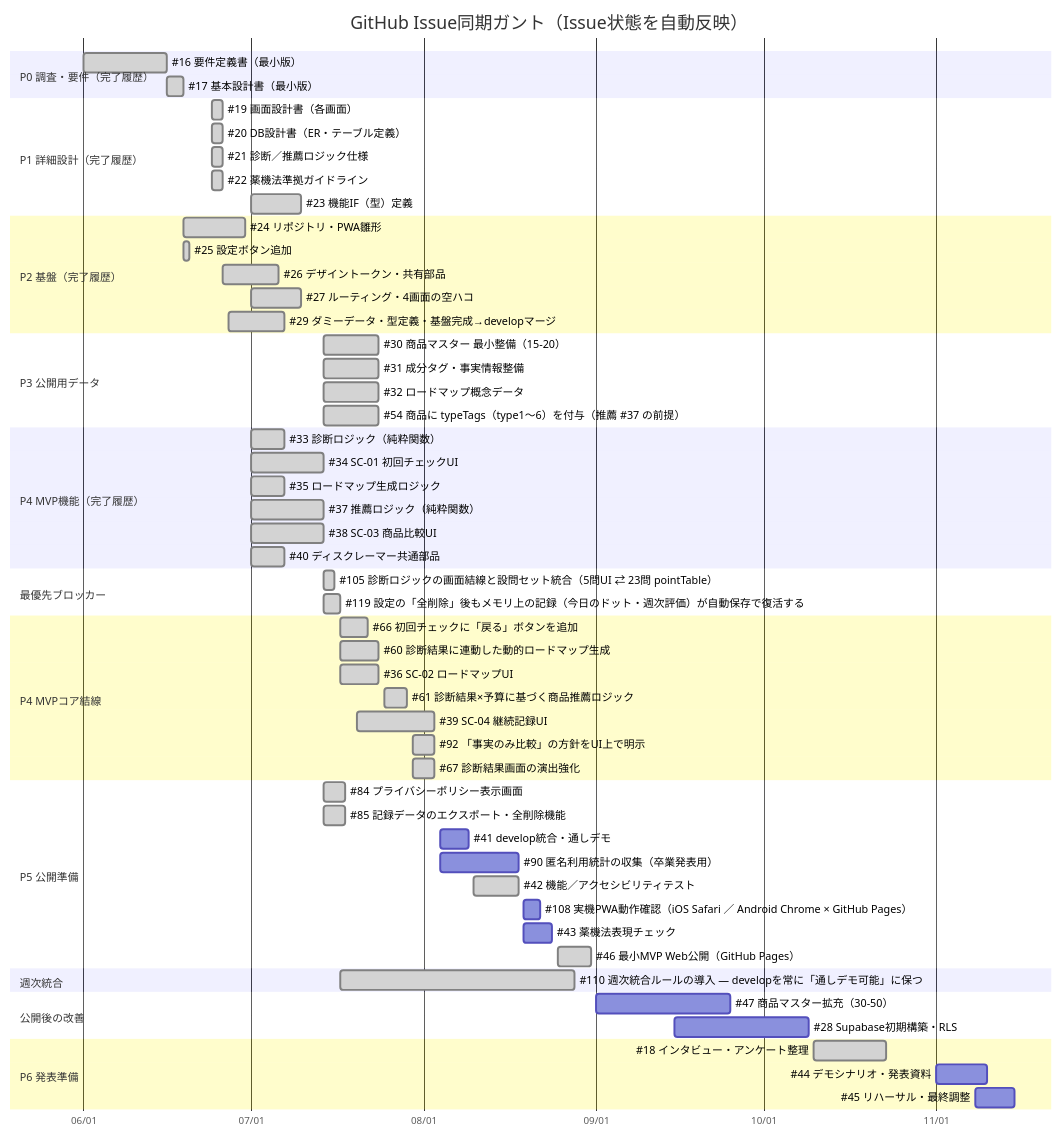
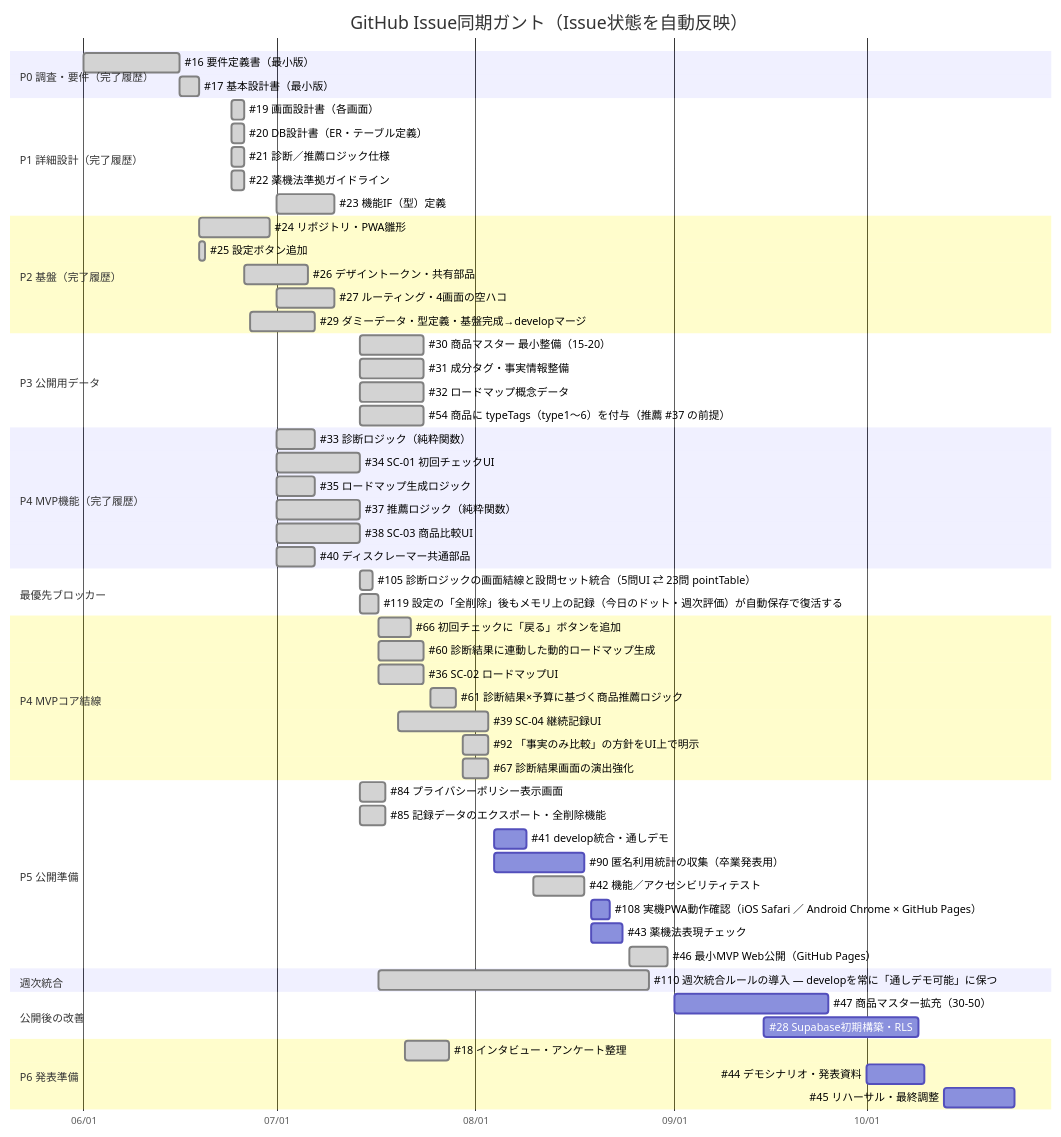
The first of 2 diagrams in docs/schedule/ガントチャート_v2.2.md (itiwoja/tazimagumi_dev_team), drawn with Mermaid before and after one commit. The commit also changed other lines of this file and 1 other file, not shown here.

````diff
--- a/docs/schedule/ガントチャート_v2.2.md
+++ b/docs/schedule/ガントチャート_v2.2.md
@@ -68,62 +68,62 @@
 ```mermaid
 gantt
     title GitHub Issue同期ガント（Issue状態を自動反映）
     dateFormat  YYYY-MM-DD
     axisFormat  %m/%d
     section P0 調査・要件（完了履歴）
     #16 要件定義書（最小版） :done, p0a, 2026-06-01, 2026-06-16
     #17 基本設計書（最小版） :done, p0c, 2026-06-16, 2026-06-19
     section P1 詳細設計（完了履歴）
     #19 画面設計書（各画面） :done, p1b, 2026-06-24, 2026-06-26
     #20 DB設計書（ER・テーブル定義） :done, p1c, 2026-06-24, 2026-06-26
     #21 診断／推薦ロジック仕様 :done, p1d, 2026-06-24, 2026-06-26
     #22 薬機法準拠ガイドライン :done, p1f, 2026-06-24, 2026-06-26
     #23 機能IF（型）定義 :done, p1g, 2026-07-01, 2026-07-10
     section P2 基盤（完了履歴）
     #24 リポジトリ・PWA雛形 :done, p2a, 2026-06-19, 2026-06-30
     #25 設定ボタン追加 :done, p2s, 2026-06-19, 2026-06-20
     #26 デザイントークン・共有部品 :done, p2c, 2026-06-26, 2026-07-06
     #27 ルーティング・4画面の空ハコ :done, p2d, 2026-07-01, 2026-07-10
     #29 ダミーデータ・型定義・基盤完成→developマージ :done, p2e, 2026-06-27, 2026-07-07
     section P3 公開用データ
     #30 商品マスター 最小整備（15-20） :done, p3a, 2026-07-14, 2026-07-24
     #31 成分タグ・事実情報整備 :done, p3b, 2026-07-14, 2026-07-24
     #32 ロードマップ概念データ :done, p3c, 2026-07-14, 2026-07-24
     #54 商品に typeTags（type1〜6）を付与（推薦 #37 の前提） :done, i54, 2026-07-14, 2026-07-24
     section P4 MVP機能（完了履歴）
     #33 診断ロジック（純粋関数） :done, p4b, 2026-07-01, 2026-07-07
     #34 SC-01 初回チェックUI :done, p4a, 2026-07-01, 2026-07-14
     #35 ロードマップ生成ロジック :done, p4g, 2026-07-01, 2026-07-07
     #37 推薦ロジック（純粋関数） :done, p4h, 2026-07-01, 2026-07-14
     #38 SC-03 商品比較UI :done, p4d, 2026-07-01, 2026-07-14
     #40 ディスクレーマー共通部品 :done, p4f, 2026-07-01, 2026-07-07
     section 最優先ブロッカー
     #105 診断ロジックの画面結線と設問セット統合（5問UI ⇄ 23問 pointTable） :done, i105, 2026-07-14, 2026-07-16
     #119 設定の「全削除」後もメモリ上の記録（今日のドット・週次評価）が自動保存で復活する :done, i119, 2026-07-14, 2026-07-17
     section P4 MVPコア結線
     #66 初回チェックに「戻る」ボタンを追加 :done, i66, 2026-07-17, 2026-07-22
     #60 診断結果に連動した動的ロードマップ生成 :done, i60, 2026-07-17, 2026-07-24
     #36 SC-02 ロードマップUI :done, p4c, 2026-07-17, 2026-07-24
     #61 診断結果×予算に基づく商品推薦ロジック :done, i61, 2026-07-25, 2026-07-29
     #39 SC-04 継続記録UI :done, p4e, 2026-07-20, 2026-08-03
     #92 「事実のみ比較」の方針をUI上で明示 :done, i92, 2026-07-30, 2026-08-03
     #67 診断結果画面の演出強化 :done, i67, 2026-07-30, 2026-08-03
     section P5 公開準備
     #84 プライバシーポリシー表示画面 :done, i84, 2026-07-14, 2026-07-18
     #85 記録データのエクスポート・全削除機能 :done, i85, 2026-07-14, 2026-07-18
     #41 develop統合・通しデモ :p5a, 2026-08-04, 2026-08-09
     #90 匿名利用統計の収集（卒業発表用） :i90, 2026-08-04, 2026-08-18
     #42 機能／アクセシビリティテスト :done, p5b, 2026-08-10, 2026-08-18
     #108 実機PWA動作確認（iOS Safari ／ Android Chrome × GitHub Pages） :i108, 2026-08-19, 2026-08-22
     #43 薬機法表現チェック :p5c, 2026-08-19, 2026-08-24
     #46 最小MVP Web公開（GitHub Pages） :done, p5d, 2026-08-25, 2026-08-31
     section 週次統合
     #110 週次統合ルールの導入 — developを常に「通しデモ可能」に保つ :done, i110, 2026-07-17, 2026-08-28
     section 公開後の改善
     #47 商品マスター拡充（30-50） :p3d, 2026-09-01, 2026-09-25
     #28 Supabase初期構築・RLS :p2b, 2026-09-15, 2026-10-09
     section P6 発表準備
-    #18 インタビュー・アンケート整理 :done, p0b, 2026-10-10, 2026-10-23
-    #44 デモシナリオ・発表資料 :p6a, 2026-11-01, 2026-11-10
-    #45 リハーサル・最終調整 :p6b, 2026-11-08, 2026-11-15
+    #18 インタビュー・アンケート整理 :done, p0b, 2026-07-21, 2026-07-28
+    #44 デモシナリオ・発表資料 :p6a, 2026-10-01, 2026-10-10
+    #45 リハーサル・最終調整 :p6b, 2026-10-13, 2026-10-24
 ```
````
